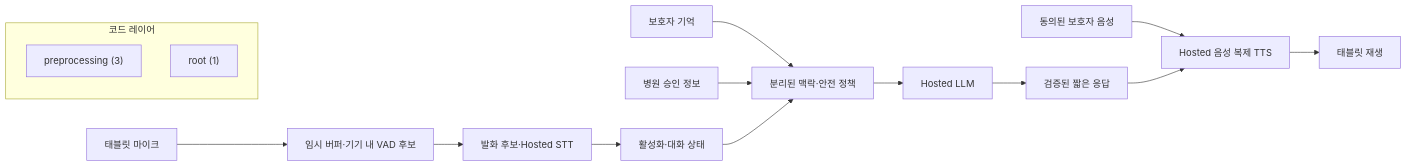
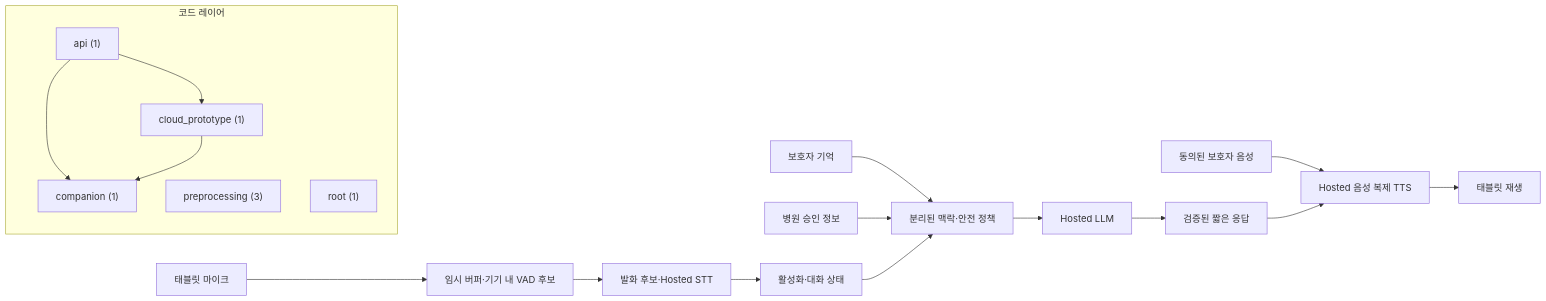
The diagram in architecture/generated/project-map.md (GracieRho/KoF5-TTS-delirium), drawn with Mermaid before and after one commit. The commit also changed other lines of this file and 207 other files, not shown here.

First line of the commit message:
Added a cloud-first Familiar Voice MVP synthetic prototype. (#4)

````diff
--- a/architecture/generated/project-map.md
+++ b/architecture/generated/project-map.md
@@ -5,19 +5,25 @@
 ```mermaid
 flowchart LR
   mic["태블릿 마이크"] --> vad["임시 버퍼·기기 내 VAD 후보"]
   vad --> stt["발화 후보·Hosted STT"]
   stt --> activation["활성화·대화 상태"]
   family["보호자 기억"] --> context["분리된 맥락·안전 정책"]
   hospital["병원 승인 정보"] --> context
   activation --> context
   context --> llm["Hosted LLM"]
   llm --> response["검증된 짧은 응답"]
   guardian["동의된 보호자 음성"] --> voice["Hosted 음성 복제 TTS"]
   response --> voice
   voice --> tablet["태블릿 재생"]
 
   subgraph code["코드 레이어"]
+    layer_api["api (1)"]
+    layer_cloud_prototype["cloud_prototype (1)"]
+    layer_companion["companion (1)"]
     layer_preprocessing["preprocessing (3)"]
     layer_root["root (1)"]
+    layer_api --> layer_cloud_prototype
+    layer_api --> layer_companion
+    layer_cloud_prototype --> layer_companion
   end
 ```
````
